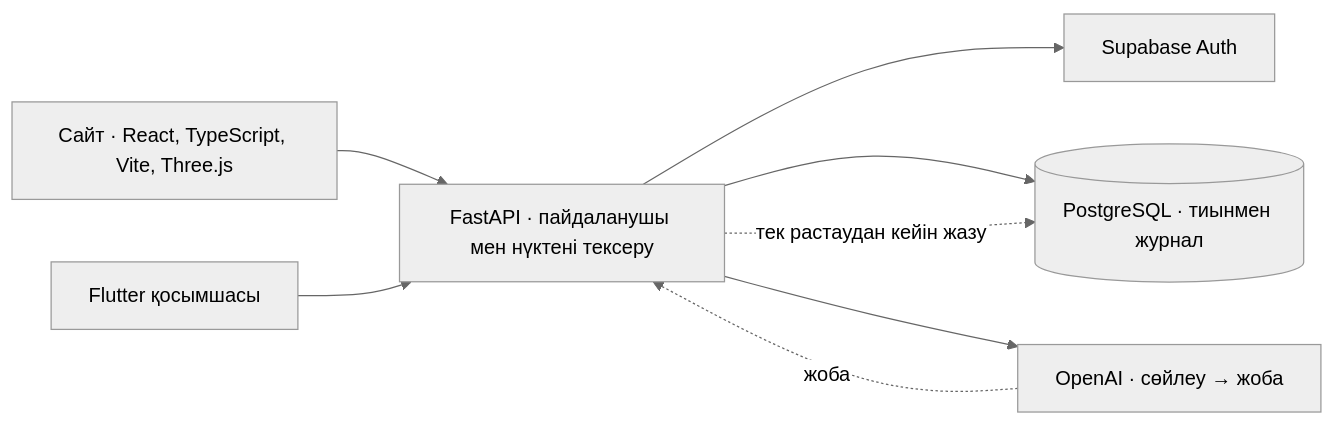
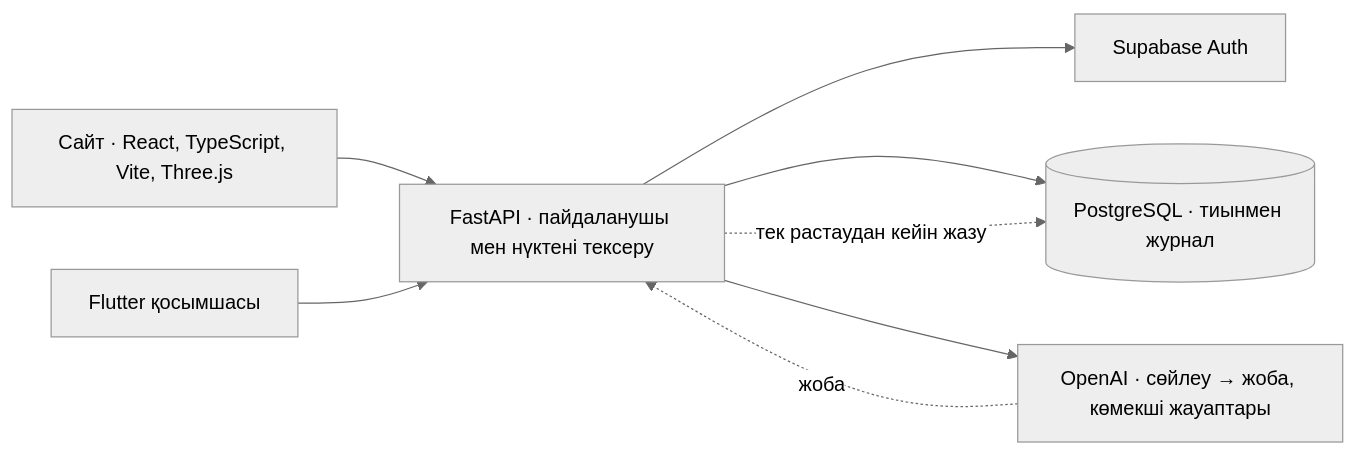
Before and after one commit to foxfordkz-cyber/qadamx-taraz: the first of 2 diagrams in README.kk.md, drawn with Mermaid (neutral theme). The commit also changed other lines of this file and 2 other files, not shown here.

````diff
--- a/README.kk.md
+++ b/README.kk.md
@@ -108,10 +140,10 @@
 ```mermaid
 flowchart LR
   Web["Сайт · React, TypeScript, Vite, Three.js"] --> API
   App["Flutter қосымшасы"] --> API
   API["FastAPI · пайдаланушы мен нүктені тексеру"] --> Auth["Supabase Auth"]
   API --> DB[("PostgreSQL · тиынмен журнал")]
-  API --> AI["OpenAI · сөйлеу → жоба"]
+  API --> AI["OpenAI · сөйлеу → жоба, көмекші жауаптары"]
   AI -. "жоба" .-> API
   API -. "тек растаудан кейін жазу" .-> DB
 ```
````
